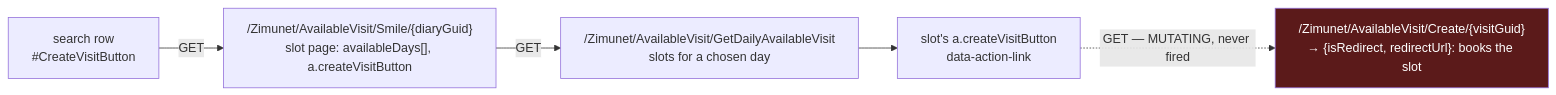
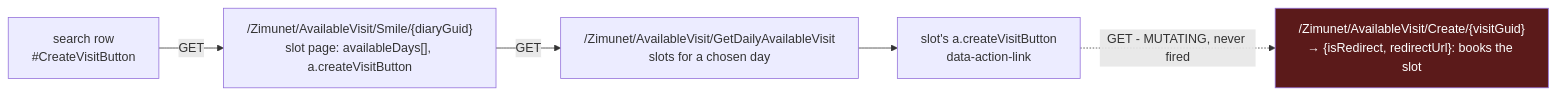
Before and after one commit to avi12/clalit-smile-search-by-city: the third of 4 diagrams in docs/reverse-engineering.md, drawn with Mermaid. The commit also changed other lines of this file and 13 other files, not shown here.

````diff
--- a/docs/reverse-engineering.md
+++ b/docs/reverse-engineering.md
@@ -467,8 +467,8 @@
 ```mermaid
 flowchart LR
     A["search row<br/>#CreateVisitButton"] -->|GET| B["/Zimunet/AvailableVisit/Smile/{diaryGuid}<br/>slot page: availableDays[], a.createVisitButton"]
     B -->|GET| C["/Zimunet/AvailableVisit/GetDailyAvailableVisit<br/>slots for a chosen day"]
     C --> D["slot's a.createVisitButton<br/>data-action-link"]
-    D -.->|GET — MUTATING, never fired| E["/Zimunet/AvailableVisit/Create/{visitGuid}<br/>→ {isRedirect, redirectUrl}: books the slot"]
+    D -.->|GET - MUTATING, never fired| E["/Zimunet/AvailableVisit/Create/{visitGuid}<br/>→ {isRedirect, redirectUrl}: books the slot"]
     style E fill:#5b1a1a,color:#fff
 ```
````
